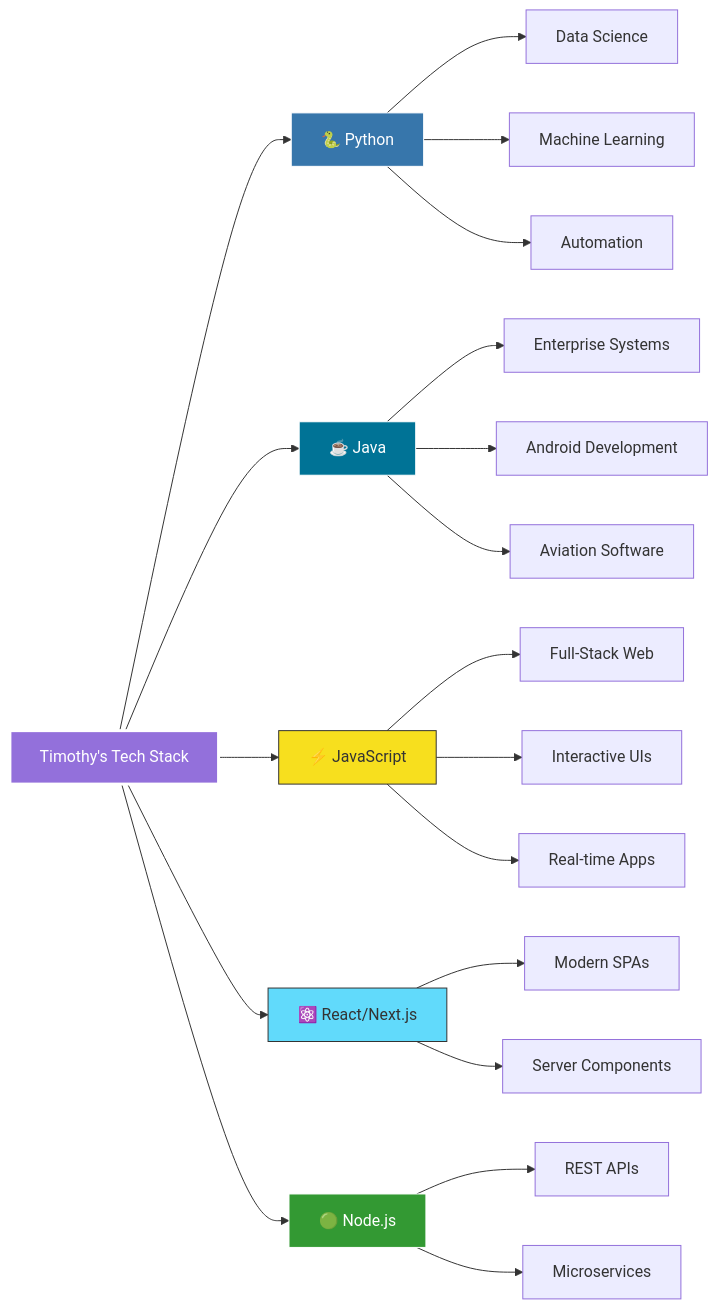
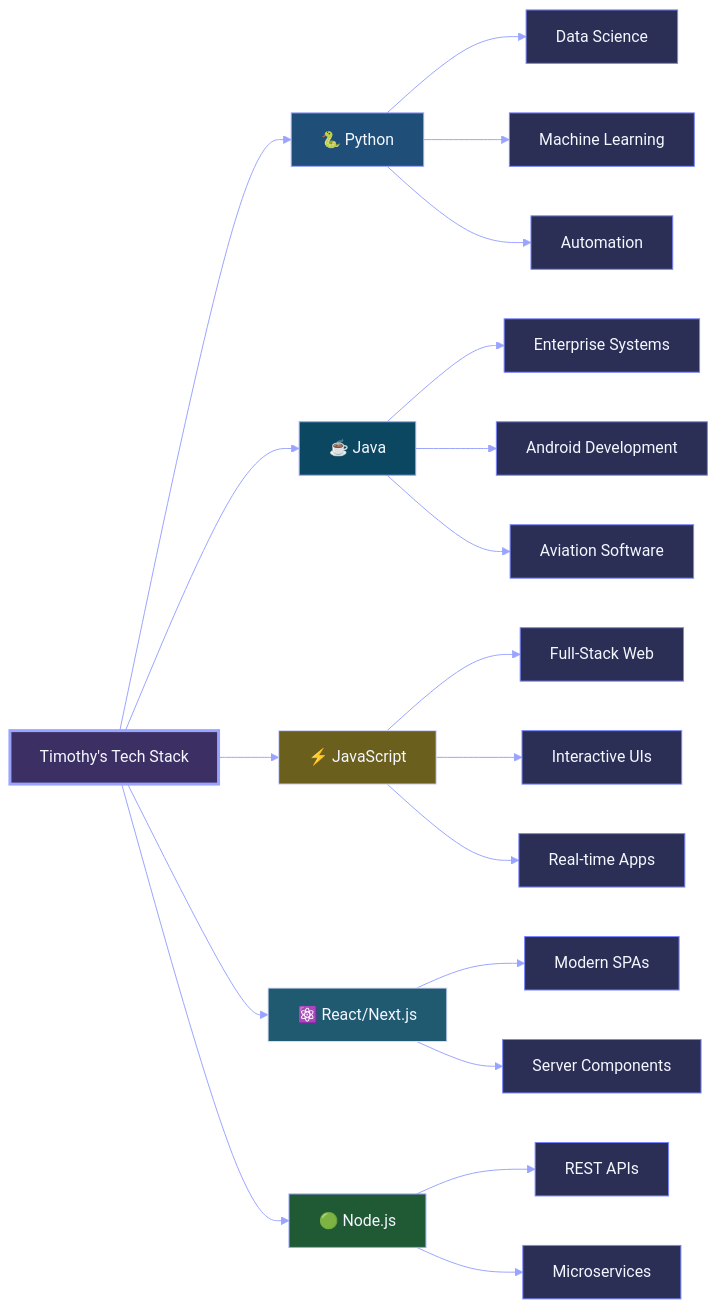
The second of 11 diagrams in README.md (Tim-Spurlin/Christian-Kota-Contributions-Snapshot), drawn with Mermaid before and after one commit. The commit also changed other lines of this file, not shown here.

Commit message:
Improve Mermaid diagram contrast across README

````diff
--- a/README.md
+++ b/README.md
@@ -81,33 +81,34 @@
 ```mermaid
+%%{init: {'theme':'base', 'themeVariables': { 'background':'#0f1220', 'primaryColor':'#2b2f55', 'primaryTextColor':'#f5f7ff', 'primaryBorderColor':'#7a86ff', 'lineColor':'#9aa4ff', 'secondaryColor':'#243b53', 'tertiaryColor':'#3f2a56', 'clusterBkg':'#1a1f38', 'clusterBorder':'#7a86ff', 'fontSize':'16px'}}}%%
 graph LR
     A[Timothy's Tech Stack] --> B[🐍 Python]
     A --> C[☕ Java]
     A --> D[⚡ JavaScript]
     A --> E[⚛️ React/Next.js]
     A --> F[🟢 Node.js]
     
     B --> B1[Data Science]
     B --> B2[Machine Learning]
     B --> B3[Automation]
     
     C --> C1[Enterprise Systems]
     C --> C2[Android Development]
     C --> C3[Aviation Software]
     
     D --> D1[Full-Stack Web]
     D --> D2[Interactive UIs]
     D --> D3[Real-time Apps]
     
     E --> E1[Modern SPAs]
     E --> E2[Server Components]
     
     F --> F1[REST APIs]
     F --> F2[Microservices]
     
-    style A fill:#9370DB,stroke:#fff,stroke-width:3px,color:#fff
-    style B fill:#3776AB,stroke:#fff,color:#fff
-    style C fill:#007396,stroke:#fff,color:#fff
-    style D fill:#F7DF1E,stroke:#333,color:#333
-    style E fill:#61DAFB,stroke:#333,color:#333
-    style F fill:#339933,stroke:#fff,color:#fff
+    style A fill:#3b2f63,stroke:#9aa4ff,stroke-width:3px,color:#f5f7ff
+    style B fill:#1f4f78,stroke:#9aa4ff,color:#f5f7ff
+    style C fill:#0b4760,stroke:#9aa4ff,color:#f5f7ff
+    style D fill:#6a5f1d,stroke:#d8dcff,color:#f5f7ff
+    style E fill:#1f5a70,stroke:#d8dcff,color:#f5f7ff
+    style F fill:#1f5a35,stroke:#9aa4ff,color:#f5f7ff
 ```
````
